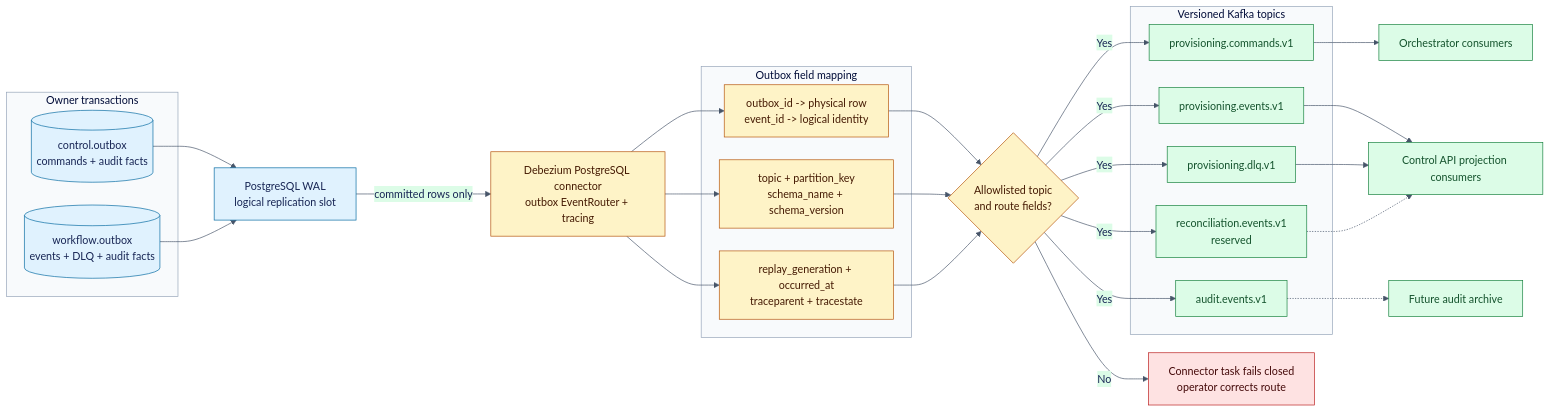
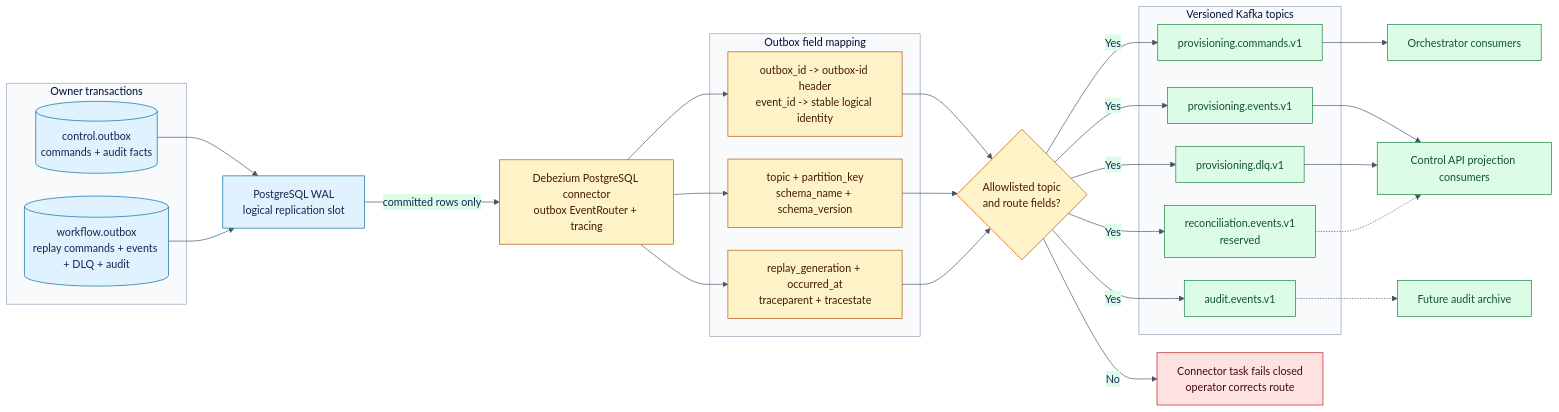
Before and after one commit to maher-elattar/private-cloud-control-plane: the diagram in docs/diagrams/mermaid/phase-4-cdc-routing.mmd, drawn with Mermaid. The commit also changed 77 other files, not shown here.

```diff
--- a/docs/diagrams/mermaid/phase-4-cdc-routing.mmd
+++ b/docs/diagrams/mermaid/phase-4-cdc-routing.mmd
@@ -1,48 +1,48 @@
 %%{init: {"theme":"base","themeVariables":{"fontFamily":"Inter, Arial, sans-serif","primaryColor":"#e0f2fe","primaryBorderColor":"#0369a1","primaryTextColor":"#172554","secondaryColor":"#dcfce7","secondaryBorderColor":"#15803d","tertiaryColor":"#fef3c7","tertiaryBorderColor":"#b45309","lineColor":"#475569","clusterBkg":"#f8fafc","clusterBorder":"#94a3b8"},"flowchart":{"curve":"basis","nodeSpacing":34,"rankSpacing":54,"htmlLabels":true}}}%%
 flowchart LR
   subgraph Owners["Owner transactions"]
     COut[("control.outbox<br/>commands + audit facts")]
-    WOut[("workflow.outbox<br/>events + DLQ + audit facts")]
+    WOut[("workflow.outbox<br/>replay commands + events + DLQ + audit")]
   end
 
   WAL["PostgreSQL WAL<br/>logical replication slot"]
   Connector["Debezium PostgreSQL connector<br/>outbox EventRouter + tracing"]
   Validate{"Allowlisted topic<br/>and route fields?"}
 
   subgraph Mapping["Outbox field mapping"]
-    Identity["outbox_id -> physical row<br/>event_id -> logical identity"]
+    Identity["outbox_id -> outbox-id header<br/>event_id -> stable logical identity"]
     Routing["topic + partition_key<br/>schema_name + schema_version"]
     Carrier["replay_generation + occurred_at<br/>traceparent + tracestate"]
   end
 
   subgraph Topics["Versioned Kafka topics"]
     Commands["provisioning.commands.v1"]
     Events["provisioning.events.v1"]
     DLQ["provisioning.dlq.v1"]
     Audit["audit.events.v1"]
     Reconciliation["reconciliation.events.v1<br/>reserved"]
   end
 
   Orch["Orchestrator consumers"]
   API["Control API projection consumers"]
   Future["Future audit archive"]
 
   COut & WOut --> WAL
   WAL -->|"committed rows only"| Connector
   Connector --> Identity & Routing & Carrier
   Identity & Routing & Carrier --> Validate
   Validate -- "No" --> Reject["Connector task fails closed<br/>operator corrects route"]
   Validate -- "Yes" --> Commands & Events & DLQ & Audit & Reconciliation
   Commands --> Orch
   Events & DLQ --> API
   Audit -.-> Future
   Reconciliation -.-> API
 
   classDef owner fill:#e0f2fe,stroke:#0369a1,color:#172554
   classDef route fill:#fef3c7,stroke:#b45309,color:#451a03
   classDef topic fill:#dcfce7,stroke:#15803d,color:#14532d
   classDef failure fill:#fee2e2,stroke:#b91c1c,color:#450a0a
   class COut,WOut,WAL owner
   class Connector,Validate,Identity,Routing,Carrier route
   class Commands,Events,DLQ,Audit,Reconciliation,Orch,API,Future topic
   class Reject failure
```
